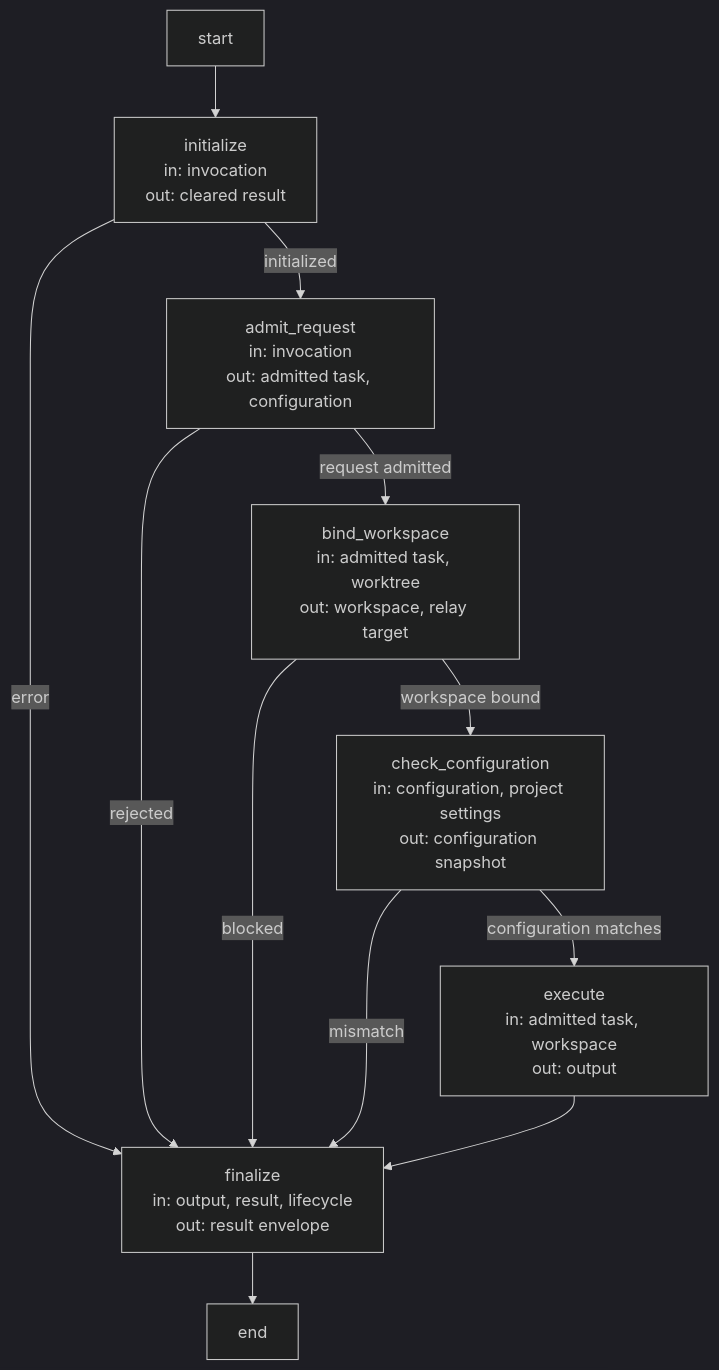
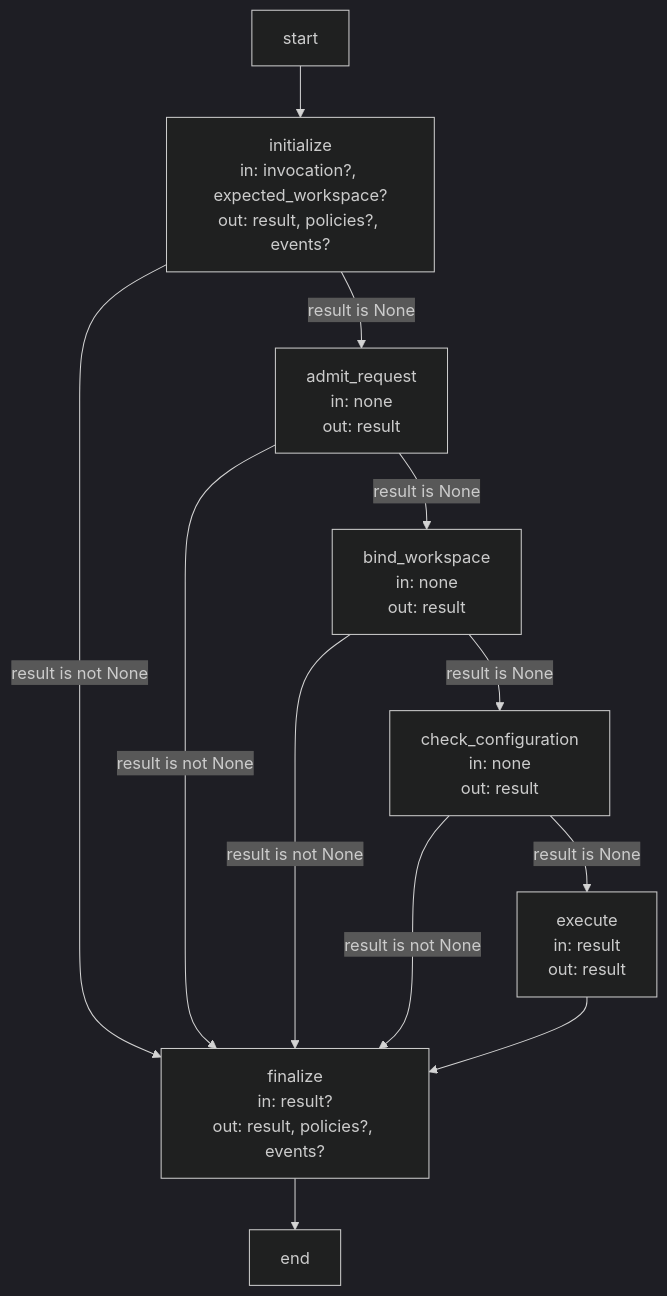
One commit to FTOD/concorde changed the diagram in specs/concorde/harness/admission.md. Above: the diagram before and after it, drawn with Mermaid (dark theme). The commit also changed other lines of this file and 10 other files, not shown here.

Commit message:
docs: clarify LangGraph state and routing in operation diagrams

````diff
--- a/specs/concorde/harness/admission.md
+++ b/specs/concorde/harness/admission.md
@@ -396,25 +413,25 @@
 ```mermaid
 flowchart TB
     %% graph: operation_graph
     accTitle: Operation admission Graph
     accDescr: Every invocation is initialized, admitted, bound to a workspace and checked against the initialized configuration before the dispatch subgraph executes; any error routes to finalize, which always writes the typed result envelope.
     __start__["start"]
-    initialize["initialize<br/>in: invocation<br/>out: cleared result"]
-    admit_request["admit_request<br/>in: invocation<br/>out: admitted task, configuration"]
-    bind_workspace["bind_workspace<br/>in: admitted task, worktree<br/>out: workspace, relay target"]
-    check_configuration["check_configuration<br/>in: configuration, project settings<br/>out: configuration snapshot"]
-    execute["execute<br/>in: admitted task, workspace<br/>out: output"]
-    finalize["finalize<br/>in: output, result, lifecycle<br/>out: result envelope"]
+    initialize["initialize<br/>in: invocation?, expected_workspace?<br/>out: result, policies?, events?"]
+    admit_request["admit_request<br/>in: none<br/>out: result"]
+    bind_workspace["bind_workspace<br/>in: none<br/>out: result"]
+    check_configuration["check_configuration<br/>in: none<br/>out: result"]
+    execute["execute<br/>in: result<br/>out: result"]
+    finalize["finalize<br/>in: result?<br/>out: result, policies?, events?"]
     __end__["end"]
     __start__ --> initialize
-    initialize -->|initialized| admit_request
-    initialize -->|error| finalize
-    admit_request -->|request admitted| bind_workspace
-    admit_request -->|rejected| finalize
-    bind_workspace -->|workspace bound| check_configuration
-    bind_workspace -->|blocked| finalize
-    check_configuration -->|configuration matches| execute
-    check_configuration -->|mismatch| finalize
+    initialize -->|result is None| admit_request
+    initialize -->|result is not None| finalize
+    admit_request -->|result is None| bind_workspace
+    admit_request -->|result is not None| finalize
+    bind_workspace -->|result is None| check_configuration
+    bind_workspace -->|result is not None| finalize
+    check_configuration -->|result is None| execute
+    check_configuration -->|result is not None| finalize
     execute --> finalize
     finalize --> __end__
 ```
````
